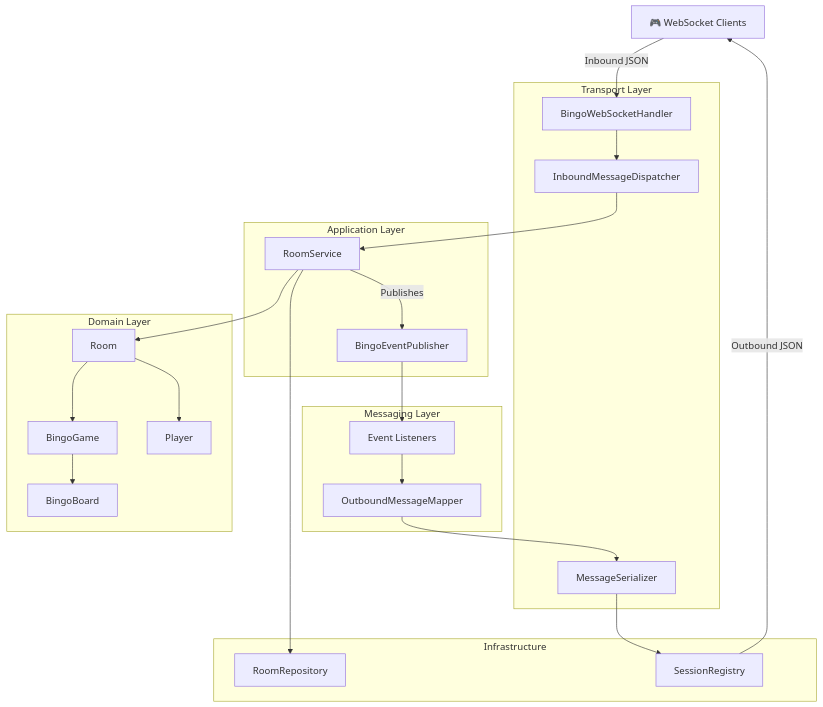
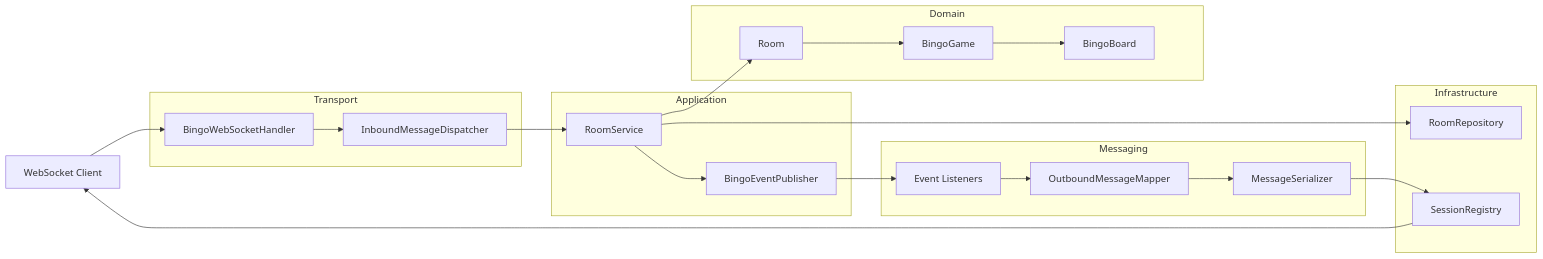
Before and after one commit to AnirudhPandita2020/bingo: the first of 2 diagrams in README.md, drawn with Mermaid. The commit also changed other lines of this file, not shown here.

````diff
--- a/README.md
+++ b/README.md
@@ -24,47 +12,45 @@
 ```mermaid
-flowchart TB
-    Client["🎮 WebSocket Clients"]
+flowchart LR
+    Client["WebSocket Client"]
 
-    subgraph Transport["Transport Layer"]
+    subgraph Transport
         Handler["BingoWebSocketHandler"]
         Dispatcher["InboundMessageDispatcher"]
-        Serializer["MessageSerializer"]
     end
 
-    subgraph Application["Application Layer"]
+    subgraph Application
         Service["RoomService"]
         Publisher["BingoEventPublisher"]
     end
 
-    subgraph Domain["Domain Layer"]
+    subgraph Domain
         Room["Room"]
         Game["BingoGame"]
         Board["BingoBoard"]
-        Player["Player"]
     end
 
-    subgraph Messaging["Messaging Layer"]
+    subgraph Messaging
+        Listeners["Event Listeners"]
         Mapper["OutboundMessageMapper"]
-        Listeners["Event Listeners"]
+        Serializer["MessageSerializer"]
     end
 
-    subgraph Infrastructure["Infrastructure"]
+    subgraph Infrastructure
         Repository["RoomRepository"]
         Registry["SessionRegistry"]
     end
 
-    Client -->|Inbound JSON| Handler
+    Client --> Handler
     Handler --> Dispatcher
     Dispatcher --> Service
     Service --> Room
     Room --> Game
     Game --> Board
-    Room --> Player
     Service --> Repository
-    Service -->|Publishes| Publisher
+    Service --> Publisher
     Publisher --> Listeners
     Listeners --> Mapper
     Mapper --> Serializer
     Serializer --> Registry
-    Registry -->|Outbound JSON| Client
+    Registry --> Client
 ```
````
